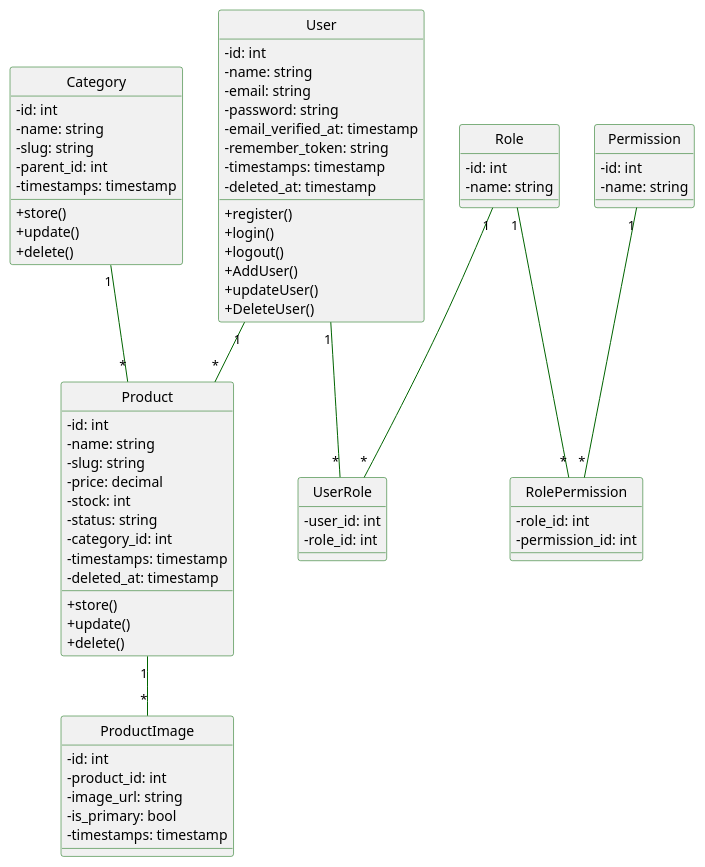
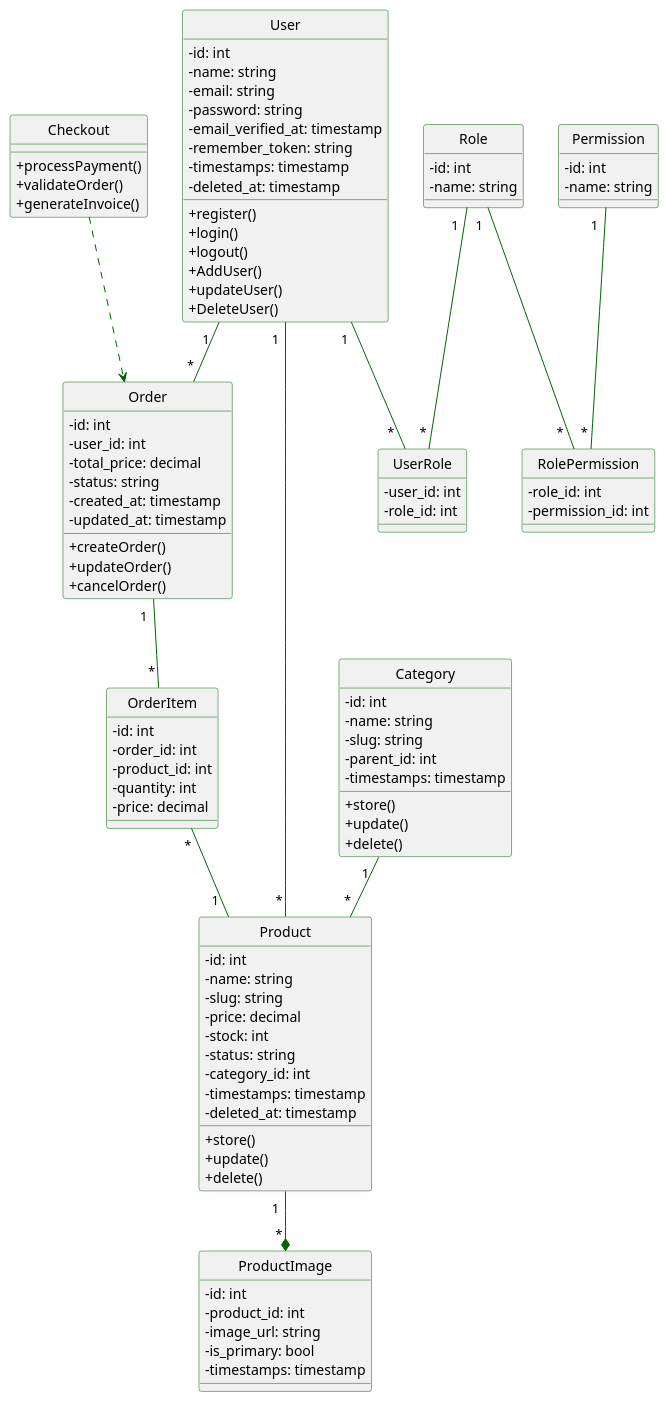
Before and after one commit to Ayoub-fetti/GameXpress: the diagram in UML/class.puml, drawn with PlantUML. The commit also changed 1 other file, not shown here.

Commit message:
uml add orders and order item and checkout

```diff
--- a/UML/class.puml
+++ b/UML/class.puml
@@ -1,89 +1,120 @@
 @startuml  gamexpress
 hide circle
 
 skinparam classAttributeIconSize 0
 
 skinparam class {
     BorderColor DarkGreen
     ArrowColor DarkGreen
 }
+
 class User {
   - id: int
   - name: string
   - email: string
   - password: string
   - email_verified_at: timestamp
   - remember_token: string
   - timestamps: timestamp
   - deleted_at: timestamp
   + register()
   + login()
   + logout()
   + AddUser()
   + updateUser()
   + DeleteUser()
 }
 
 class Category {
   - id: int
   - name: string
   - slug: string
   - parent_id: int
   - timestamps: timestamp
   + store()
   + update()
   + delete()
 }
 
 class Product {
   - id: int
   - name: string
   - slug: string
   - price: decimal
   - stock: int
   - status: string
   - category_id: int
   - timestamps: timestamp
   - deleted_at: timestamp
   + store()
   + update()
   + delete()
 }
 
 class ProductImage {
   - id: int
   - product_id: int
   - image_url: string
   - is_primary: bool
   - timestamps: timestamp
 }
 
 class Role {
   - id: int
   - name: string
 }
 
 class Permission {
   - id: int
   - name: string
 }
 
 class RolePermission {
   - role_id: int
   - permission_id: int
 }
 
 class UserRole {
   - user_id: int
   - role_id: int
 }
 
-User "1" -- "*" UserRole
-Role "1" -- "*" UserRole
-Role "1" -- "*" RolePermission
-Permission "1" -- "*" RolePermission
-Category "1" -- "*" Product
-Product "1" -- "*" ProductImage
-User "1" -- "*" Product
+class Order {
+  - id: int
+  - user_id: int
+  - total_price: decimal
+  - status: string
+  - created_at: timestamp
+  - updated_at: timestamp
+  + createOrder()
+  + updateOrder()
+  + cancelOrder()
+}
 
-@enduml 
+class OrderItem {
+  - id: int
+  - order_id: int
+  - product_id: int
+  - quantity: int
+  - price: decimal
+}
+
+class Checkout {
+  + processPayment()
+  + validateOrder()
+  + generateInvoice()
+}
+
+User "  1  " -- " *  " UserRole
+Role "  1  " -- " * " UserRole
+Role "  1  " -- " *  " RolePermission
+Permission "  1  " -- " * " RolePermission
+Category "  1  " -- " * " Product
+Product "  1  " --* " * " ProductImage
+User "  1  " -- " * " Product
+User "  1  " -- " * " Order
+Order "  1  " -- " * " OrderItem
+OrderItem " * " -- "  1  " Product
+Checkout ..> Order
+
+@enduml
```
